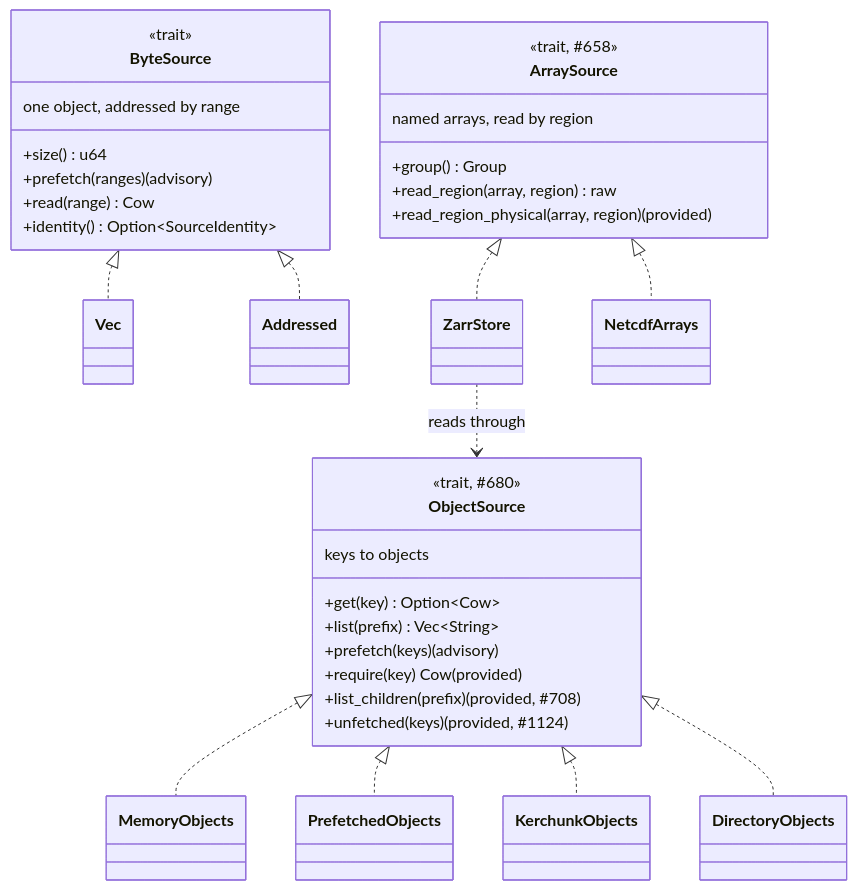
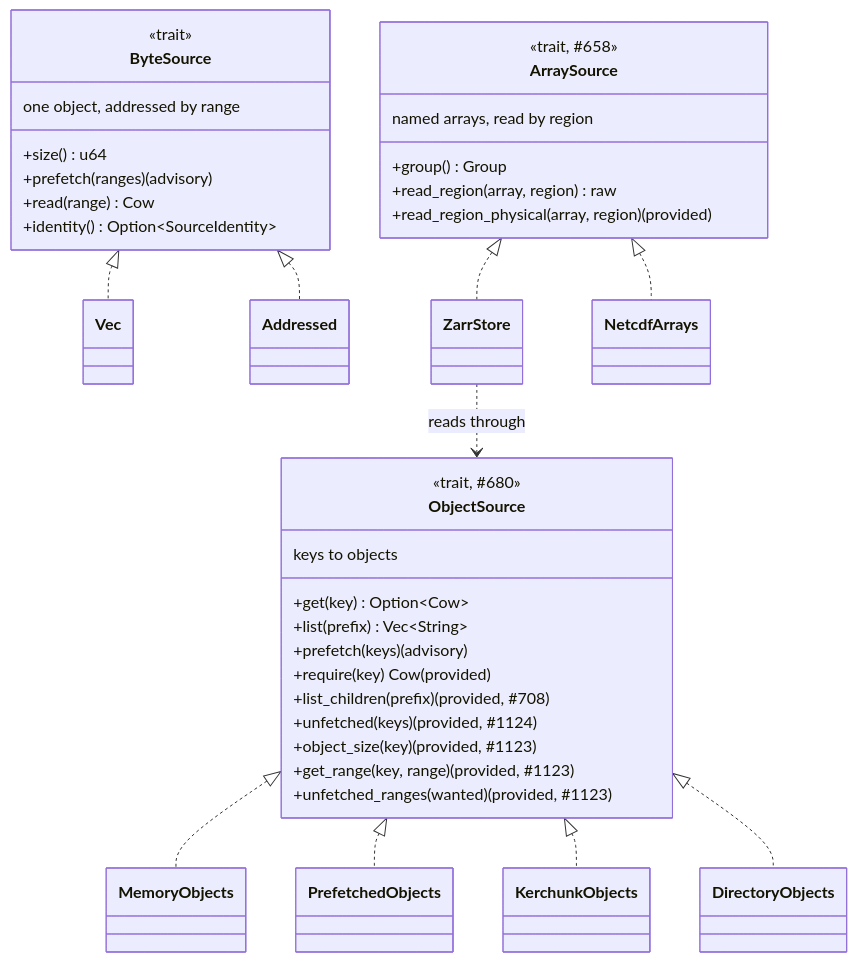
The first of 6 diagrams in docs/architecture/02-trait-seams.md (D0ubleD0uble/fieldglass), drawn with Mermaid before and after one commit. The commit also changed other lines of this file and 2 other files, not shown here.

First line of the commit message:
docs: sharded windows in the changelog and the architecture docs

````diff
--- a/docs/architecture/02-trait-seams.md
+++ b/docs/architecture/02-trait-seams.md
@@ -178,39 +192,42 @@
 ```mermaid
 classDiagram
     class ByteSource {
         <<trait>>
         one object, addressed by range
         +size() u64
         +prefetch(ranges) (advisory)
         +read(range) Cow
         +identity() Option~SourceIdentity~
     }
     class ObjectSource {
         <<trait, #680>>
         keys to objects
         +get(key) Option~Cow~
         +list(prefix) Vec~String~
         +prefetch(keys) (advisory)
         +require(key) Cow (provided)
         +list_children(prefix) (provided, #708)
         +unfetched(keys) (provided, #1124)
+        +object_size(key) (provided, #1123)
+        +get_range(key, range) (provided, #1123)
+        +unfetched_ranges(wanted) (provided, #1123)
     }
 
     class ArraySource {
         <<trait, #658>>
         named arrays, read by region
         +group() Group
         +read_region(array, region) raw
         +read_region_physical(array, region) (provided)
     }
 
     ByteSource <|.. Vec
     ByteSource <|.. Addressed
     ObjectSource <|.. MemoryObjects
     ObjectSource <|.. PrefetchedObjects
     ObjectSource <|.. KerchunkObjects
     ObjectSource <|.. DirectoryObjects
     ArraySource <|.. ZarrStore
     ArraySource <|.. NetcdfArrays
     ZarrStore ..> ObjectSource : reads through
 ```
````
